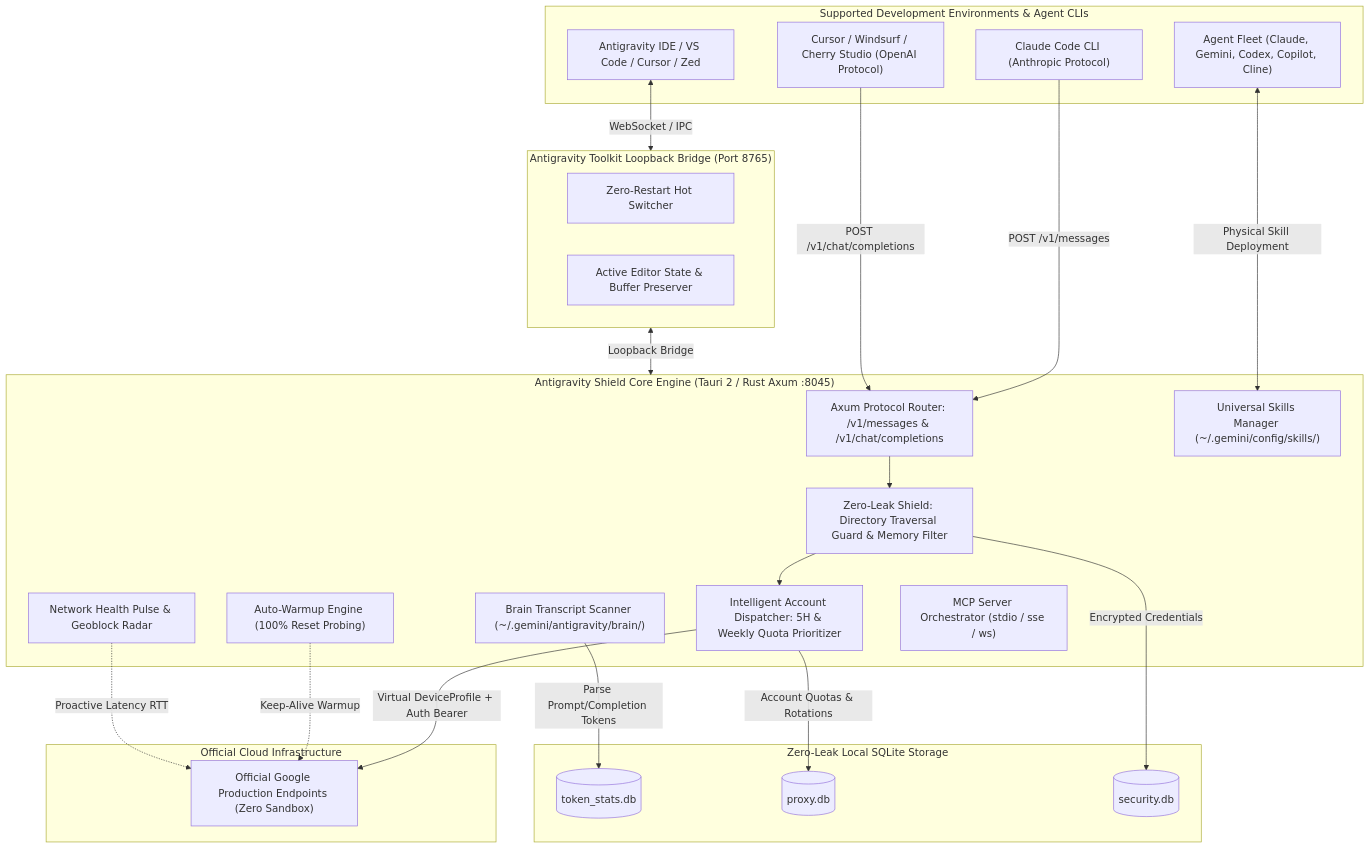
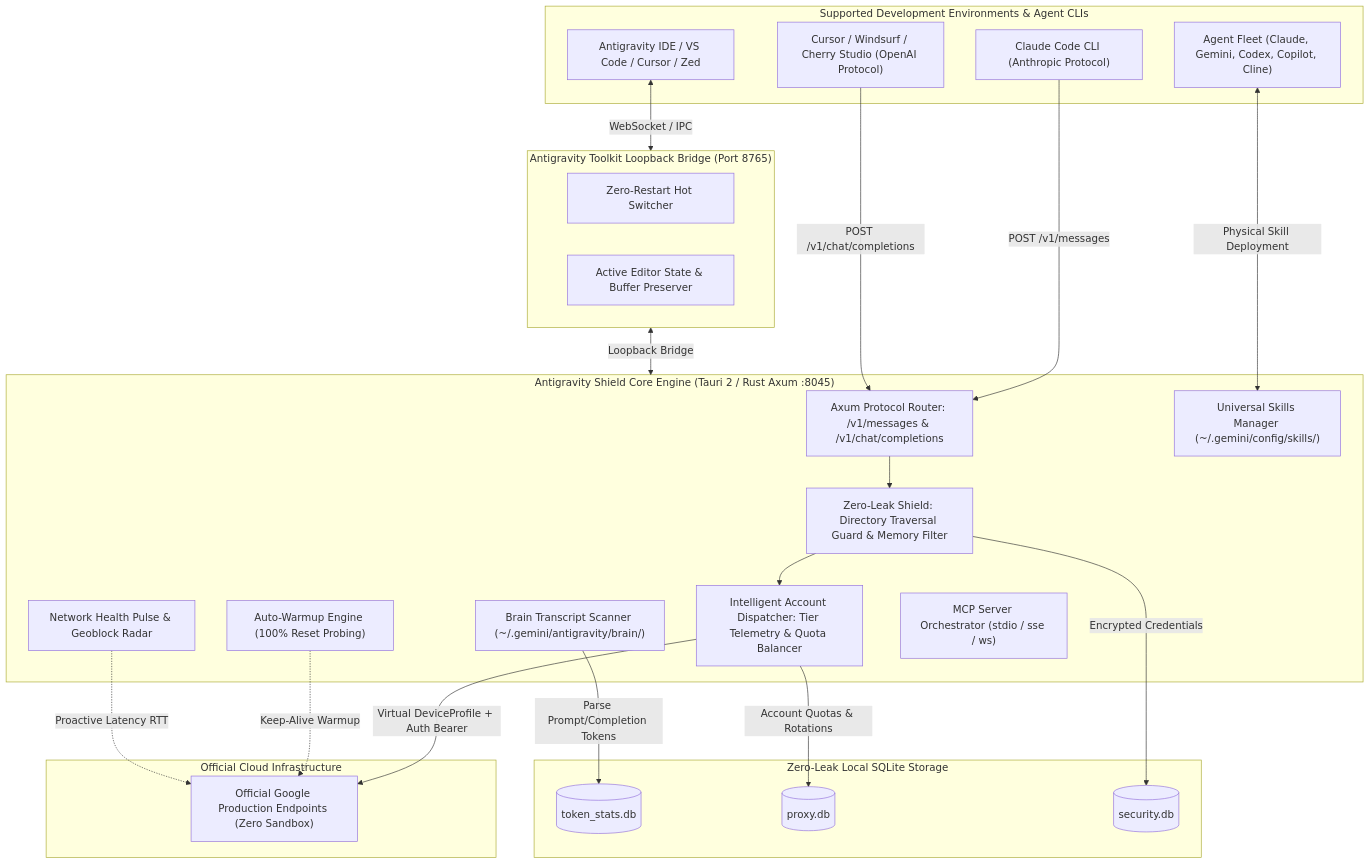
The diagram in README.md (antigravity-hub/Antigravity-Shield), drawn with Mermaid before and after one commit. The commit also changed other lines of this file and 3 other files, not shown here.

Commit message:
docs: enrich README suite with Tier Telemetry, Zero-Leak shields, MCP orchestrator, and dedicated Persian documentation

````diff
--- a/README.md
+++ b/README.md
@@ -138,54 +132,54 @@
 ```mermaid
 graph TD
     subgraph Clients["Supported Development Environments & Agent CLIs"]
         IDE["Antigravity IDE / VS Code / Cursor / Zed"]
         ClaudeCLI["Claude Code CLI (Anthropic Protocol)"]
         OpenAIClients["Cursor / Windsurf / Cherry Studio (OpenAI Protocol)"]
         AgentMarket["Agent Fleet (Claude, Gemini, Codex, Copilot, Cline)"]
     end
 
     subgraph ToolkitBridge["Antigravity Toolkit Loopback Bridge (Port 8765)"]
         HotSwitch["Zero-Restart Hot Switcher"]
         SessionSync["Active Editor State & Buffer Preserver"]
     end
 
     subgraph ShieldCore["Antigravity Shield Core Engine (Tauri 2 / Rust Axum :8045)"]
         Router["Axum Protocol Router: /v1/messages & /v1/chat/completions"]
         SecurityShield["Zero-Leak Shield: Directory Traversal Guard & Memory Filter"]
-        Dispatcher["Intelligent Account Dispatcher: 5H & Weekly Quota Prioritizer"]
+        Dispatcher["Intelligent Account Dispatcher: Tier Telemetry & Quota Balancer"]
         Warmup["Auto-Warmup Engine (100% Reset Probing)"]
         HealthPulse["Network Health Pulse & Geoblock Radar"]
         BrainWatcher["Brain Transcript Scanner (~/.gemini/antigravity/brain/)"]
         SkillsEngine["Universal Skills Manager (~/.gemini/config/skills/)"]
         McpManager["MCP Server Orchestrator (stdio / sse / ws)"]
     end
 
     subgraph LocalStorage["Zero-Leak Local SQLite Storage"]
         DB_Tokens[(token_stats.db)]
         DB_Proxy[(proxy.db)]
         DB_Security[(security.db)]
     end
 
     subgraph Upstream["Official Cloud Infrastructure"]
         GoogleAPI["Official Google Production Endpoints (Zero Sandbox)"]
     end
 
     %% Client Connections
     IDE <-->|WebSocket / IPC| ToolkitBridge
     ToolkitBridge <-->|Loopback Bridge| ShieldCore
     ClaudeCLI -->|POST /v1/messages| Router
     OpenAIClients -->|POST /v1/chat/completions| Router
     AgentMarket <-->|Physical Skill Deployment| SkillsEngine
 
     %% Internal Core Flows
     Router --> SecurityShield
     SecurityShield --> Dispatcher
     Dispatcher -->|Virtual DeviceProfile + Auth Bearer| GoogleAPI
     Warmup -.->|Keep-Alive Warmup| GoogleAPI
     HealthPulse -.->|Proactive Latency RTT| GoogleAPI
 
     %% Local Telemetry & Storage
     BrainWatcher -->|Parse Prompt/Completion Tokens| DB_Tokens
     Dispatcher -->|Account Quotas & Rotations| DB_Proxy
     SecurityShield -->|Encrypted Credentials| DB_Security
 ```
````
